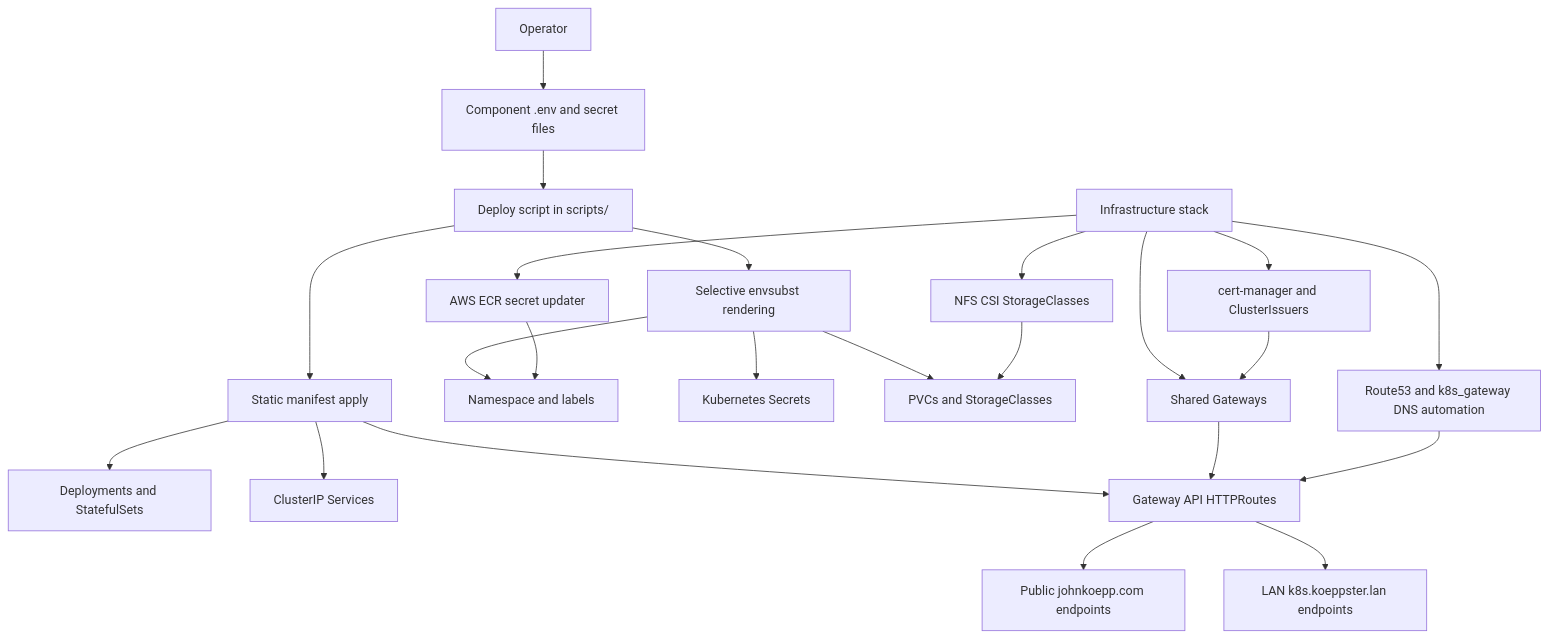
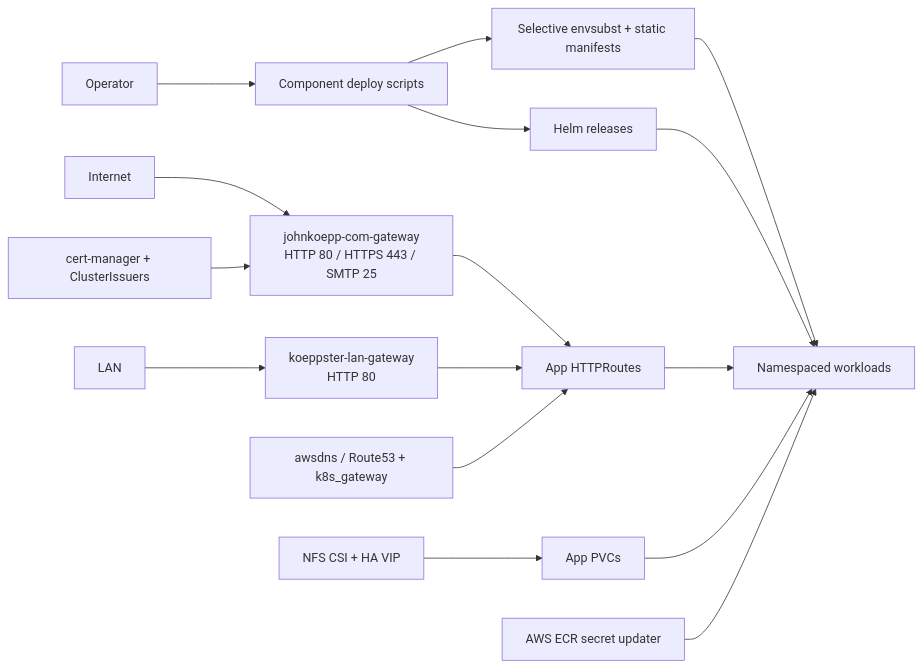
One commit to koeppj/kubernetes-sandbox changed the diagram in docs/overview.md. Above: the diagram before and after it, drawn with Mermaid. The commit also changed other lines of this file and 11 other files, not shown here.

````diff
--- a/docs/overview.md
+++ b/docs/overview.md
@@ -17,28 +9,18 @@
 ```mermaid
-flowchart TD
-    operator[Operator] --> env[Component .env and secret files]
-    env --> script[Deploy script in scripts/]
-    script --> render[Selective envsubst rendering]
-    script --> static[Static manifest apply]
-    render --> namespace[Namespace and labels]
-    render --> secrets[Kubernetes Secrets]
-    render --> storage[PVCs and StorageClasses]
-    static --> workloads[Deployments and StatefulSets]
-    static --> services[ClusterIP Services]
-    static --> routes[Gateway API HTTPRoutes]
-
-    infrastructure[Infrastructure stack] --> gateways[Shared Gateways]
-    infrastructure --> certs[cert-manager and ClusterIssuers]
-    infrastructure --> nfs[NFS CSI StorageClasses]
-    infrastructure --> ecr[AWS ECR secret updater]
-    infrastructure --> dns[Route53 and k8s_gateway DNS automation]
-
-    gateways --> routes
-    nfs --> storage
-    ecr --> namespace
-    certs --> gateways
-    dns --> routes
-
-    routes --> public[Public johnkoepp.com endpoints]
-    routes --> lan[LAN k8s.koeppster.lan endpoints]
+flowchart LR
+    Operator --> Scripts[Component deploy scripts]
+    Scripts --> Manifests[Selective envsubst + static manifests]
+    Scripts --> Helm[Helm releases]
+    Manifests --> Workloads[Namespaced workloads]
+    Helm --> Workloads
+    Internet --> Public[johnkoepp-com-gateway<br/>HTTP 80 / HTTPS 443 / SMTP 25]
+    LAN --> Private[koeppster-lan-gateway<br/>HTTP 80]
+    Public --> Routes[App HTTPRoutes]
+    Private --> Routes
+    Routes --> Workloads
+    Cert[cert-manager + ClusterIssuers] --> Public
+    DNS[awsdns / Route53 + k8s_gateway] --> Routes
+    NFS[NFS CSI + HA VIP] --> PVC[App PVCs]
+    PVC --> Workloads
+    ECR[AWS ECR secret updater] --> Workloads
 ```
````
